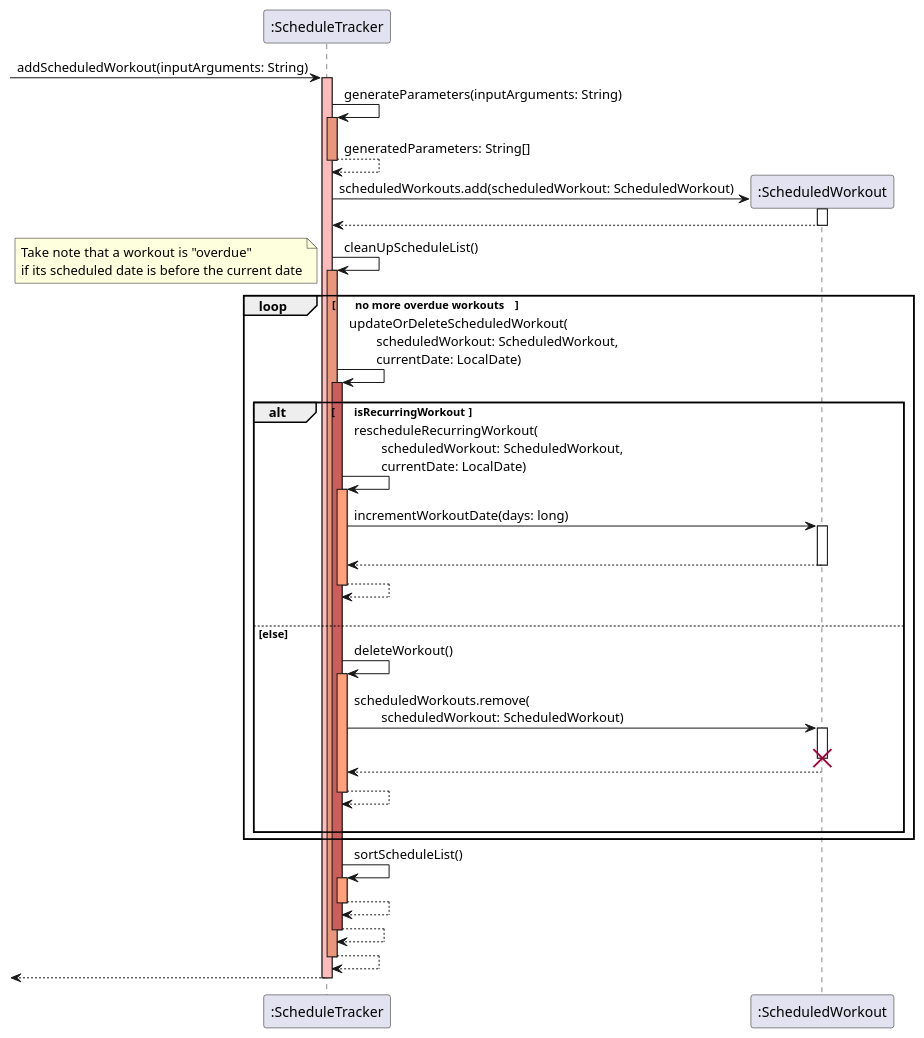
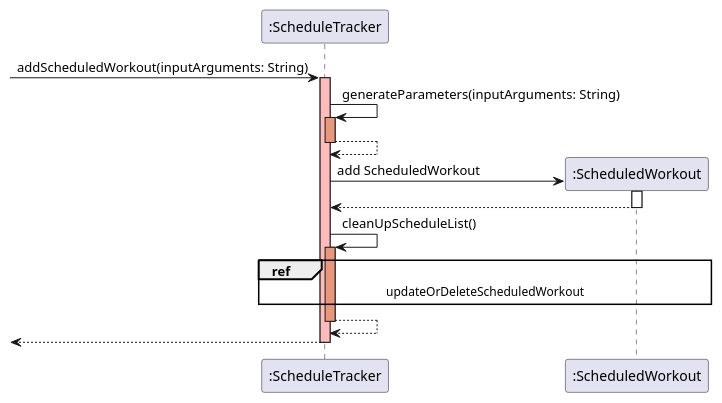
Before and after one commit to teoziyiivy/tp: the diagram in diagrams/ScheduleTracker_add_sequence.puml, drawn with PlantUML. The commit also changed 3 other files, not shown here.

```diff
--- a/diagrams/ScheduleTracker_add_sequence.puml
+++ b/diagrams/ScheduleTracker_add_sequence.puml
@@ -1,55 +1,29 @@
 @startuml
 'https://plantuml.com/sequence-diagram
 participant ":ScheduleTracker"
 
 ->":ScheduleTracker" : addScheduledWorkout(inputArguments: String)
 activate ":ScheduleTracker" #FFBBBB
 
 ":ScheduleTracker"->":ScheduleTracker" : generateParameters(inputArguments: String)
 activate ":ScheduleTracker" #DarkSalmon
-return generatedParameters: String[]
+return
 
 create ":ScheduledWorkout"
-":ScheduleTracker"->":ScheduledWorkout" : scheduledWorkouts.add(scheduledWorkout: ScheduledWorkout)
+":ScheduleTracker"->":ScheduledWorkout" : add ScheduledWorkout
 activate ":ScheduledWorkout"
 ":ScheduledWorkout"-->":ScheduleTracker"
 deactivate ":ScheduledWorkout"
 
 ":ScheduleTracker"->":ScheduleTracker" : cleanUpScheduleList()
 
 activate ":ScheduleTracker" #DarkSalmon
 
-loop \tno more overdue workouts\t
-    note left : Take note that a workout is "overdue" \nif its scheduled date is before the current date
-    ":ScheduleTracker"->":ScheduleTracker" : updateOrDeleteScheduledWorkout(\n\tscheduledWorkout: ScheduledWorkout,\n\tcurrentDate: LocalDate)
-    activate ":ScheduleTracker" #IndianRed
-    alt \tisRecurringWorkout\t
-        ":ScheduleTracker"->":ScheduleTracker" : rescheduleRecurringWorkout(\n\tscheduledWorkout: ScheduledWorkout,\n\tcurrentDate: LocalDate)
-        activate ":ScheduleTracker" #LightSalmon
-        ":ScheduleTracker"->":ScheduledWorkout" : incrementWorkoutDate(days: long)
-        |||
-        activate ":ScheduledWorkout"
-        return
-        return
-        |||
-    else else
-        ":ScheduleTracker"->":ScheduleTracker" : deleteWorkout()
-        activate ":ScheduleTracker" #LightSalmon
-        ":ScheduleTracker"->":ScheduledWorkout" : scheduledWorkouts.remove(\n\tscheduledWorkout: ScheduledWorkout)
-        activate ":ScheduledWorkout"
-        destroy ":ScheduledWorkout"
-        return
-        return
-        |||
-    end
-end
+ref over ":ScheduleTracker", ":ScheduledWorkout" : updateOrDeleteScheduledWorkout
 
-":ScheduleTracker"->":ScheduleTracker" : sortScheduleList()
-activate ":ScheduleTracker" #LightSalmon
-return
 
-return
+
 return
 return
 
 @enduml
```
